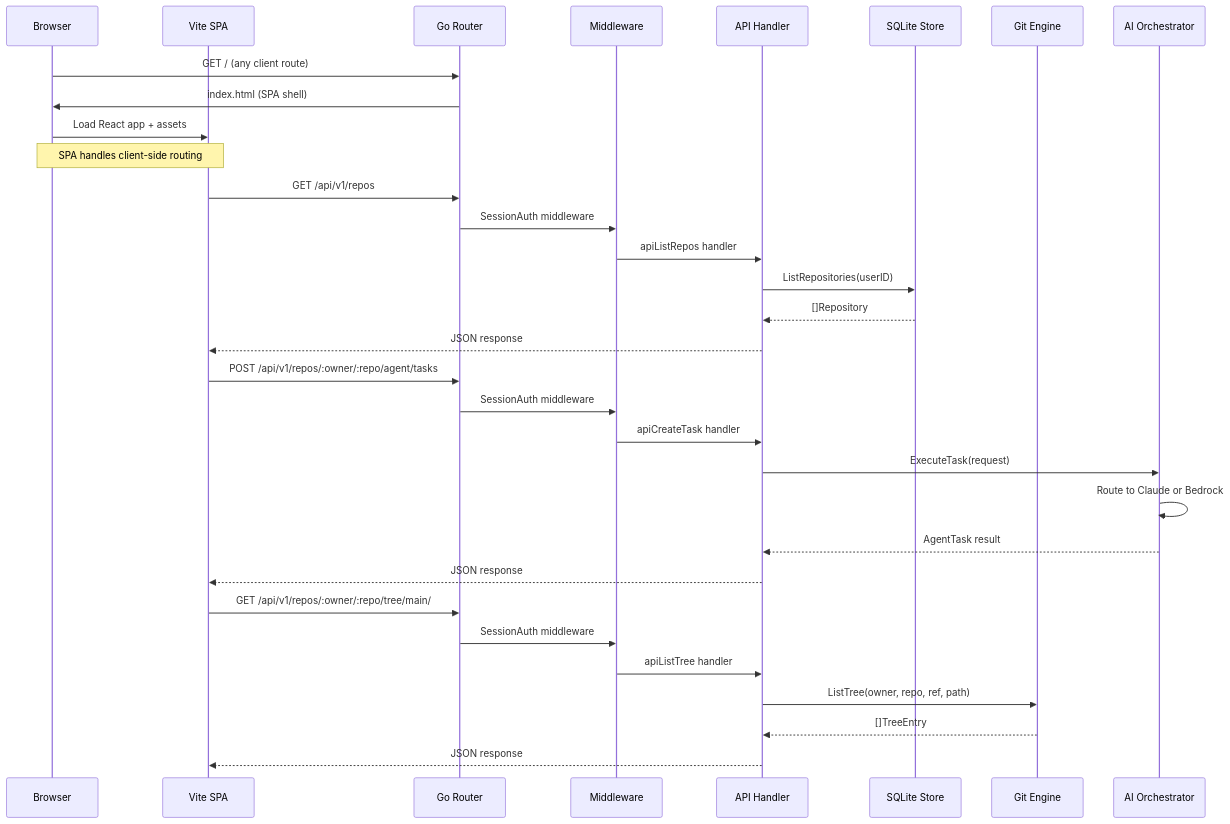
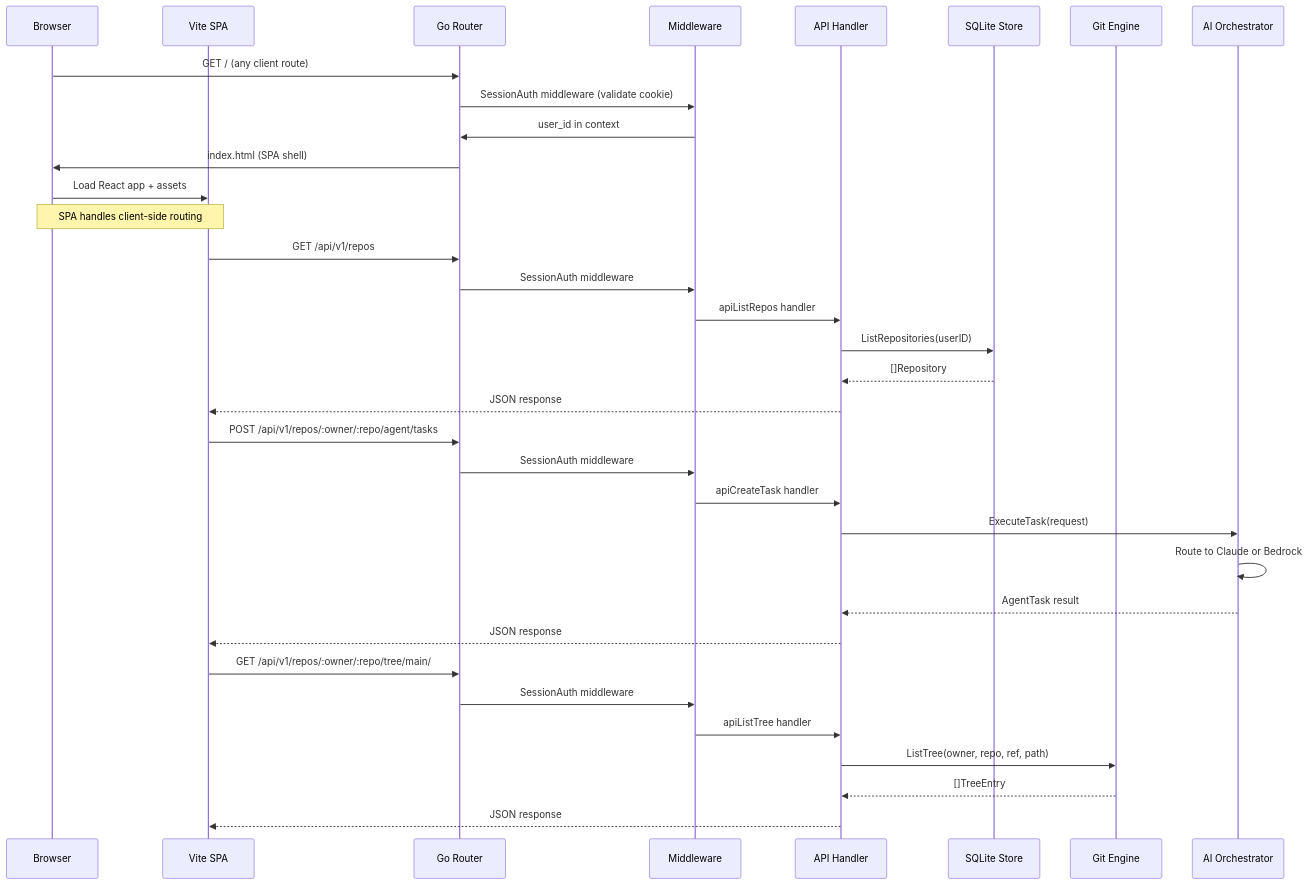
Before and after one commit to kondalaraogangavarapu/custom-gitea: the third of 6 diagrams in README.md, drawn with Mermaid. The commit also changed other lines of this file and 10 other files, not shown here.

First line of the commit message:
feat: add OIDC/SSO authentication and update README with architecture diagrams

````diff
--- a/README.md
+++ b/README.md
@@ -70,39 +118,41 @@
 ```mermaid
 sequenceDiagram
     participant B as Browser
     participant V as Vite SPA
     participant R as Go Router
     participant M as Middleware
     participant H as API Handler
     participant S as SQLite Store
     participant G as Git Engine
     participant A as AI Orchestrator
 
     B->>R: GET / (any client route)
+    R->>M: SessionAuth middleware (validate cookie)
+    M->>R: user_id in context
     R->>B: index.html (SPA shell)
     B->>V: Load React app + assets
 
     Note over B,V: SPA handles client-side routing
 
     V->>R: GET /api/v1/repos
     R->>M: SessionAuth middleware
     M->>H: apiListRepos handler
     H->>S: ListRepositories(userID)
     S-->>H: []Repository
     H-->>V: JSON response
 
     V->>R: POST /api/v1/repos/:owner/:repo/agent/tasks
     R->>M: SessionAuth middleware
     M->>H: apiCreateTask handler
     H->>A: ExecuteTask(request)
     A->>A: Route to Claude or Bedrock
     A-->>H: AgentTask result
     H-->>V: JSON response
 
     V->>R: GET /api/v1/repos/:owner/:repo/tree/main/
     R->>M: SessionAuth middleware
     M->>H: apiListTree handler
     H->>G: ListTree(owner, repo, ref, path)
     G-->>H: []TreeEntry
     H-->>V: JSON response
 ```
````
